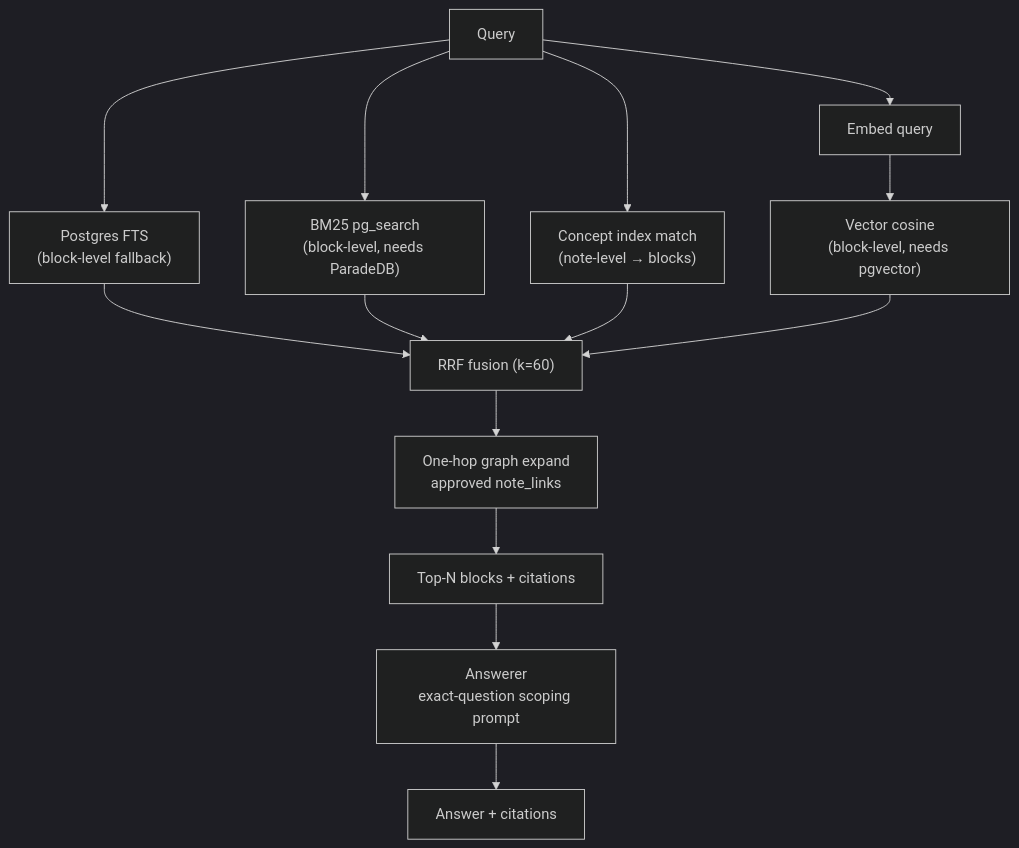
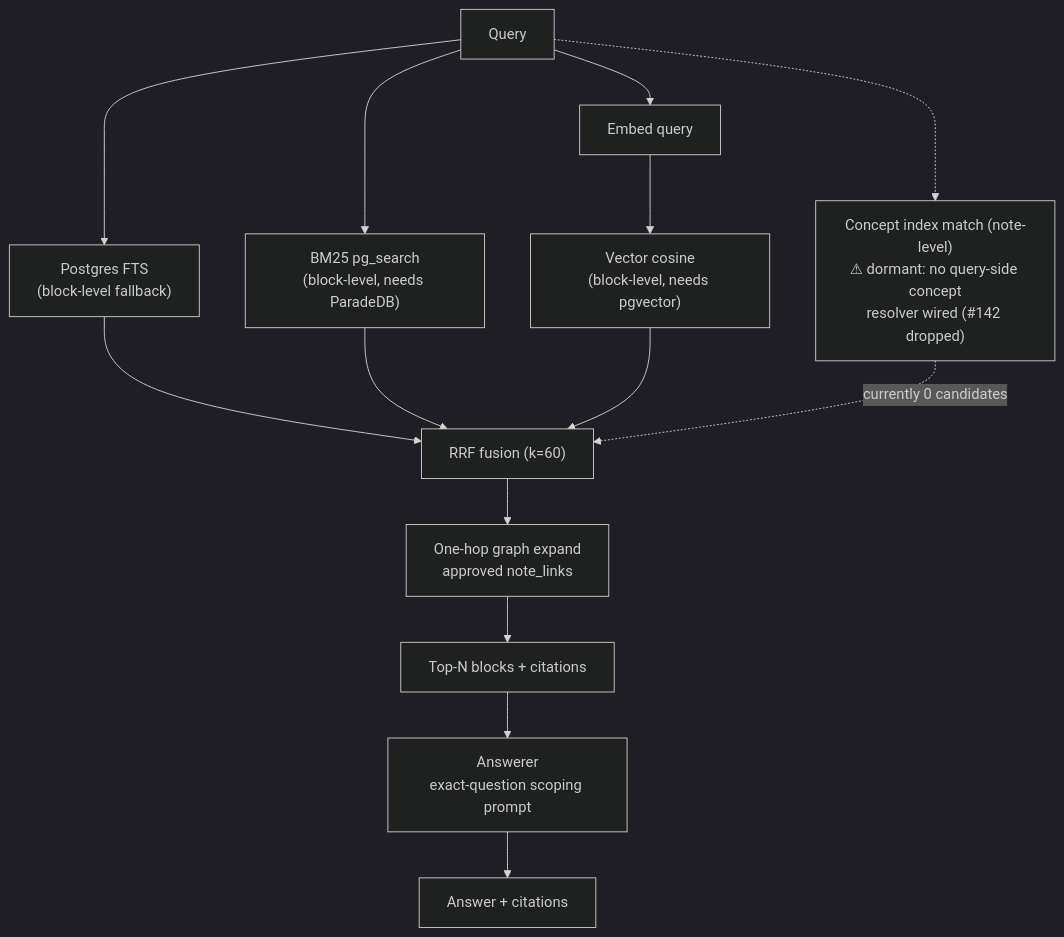
The second of 2 diagrams in README.md (jhowliu/knowledge-compiler), drawn with Mermaid (dark theme) before and after one commit. The commit also changed other lines of this file, not shown here.

First line of the commit message:
docs: mark concept retriever dormant in retrieval diagram

````diff
--- a/README.md
+++ b/README.md
@@ -167,16 +167,16 @@
 ```mermaid
 flowchart TD
   Q["Query"] --> FTS["Postgres FTS<br/>(block-level fallback)"]
   Q --> BM25["BM25 pg_search<br/>(block-level, needs ParadeDB)"]
-  Q --> CON["Concept index match<br/>(note-level → blocks)"]
   Q --> E["Embed query"]
   E --> VEC["Vector cosine<br/>(block-level, needs pgvector)"]
+  Q -.-> CON["Concept index match (note-level)<br/>⚠ dormant: no query-side concept<br/>resolver wired (#142 dropped)"]
   FTS --> RRF["RRF fusion (k=60)"]
   BM25 --> RRF
-  CON --> RRF
   VEC --> RRF
+  CON -.->|currently 0 candidates| RRF
   RRF --> HOP["One-hop graph expand<br/>approved note_links"]
   HOP --> TOP["Top-N blocks + citations"]
   TOP --> ANS["Answerer<br/>exact-question scoping prompt"]
   ANS --> OUT["Answer + citations"]
 ```
````
